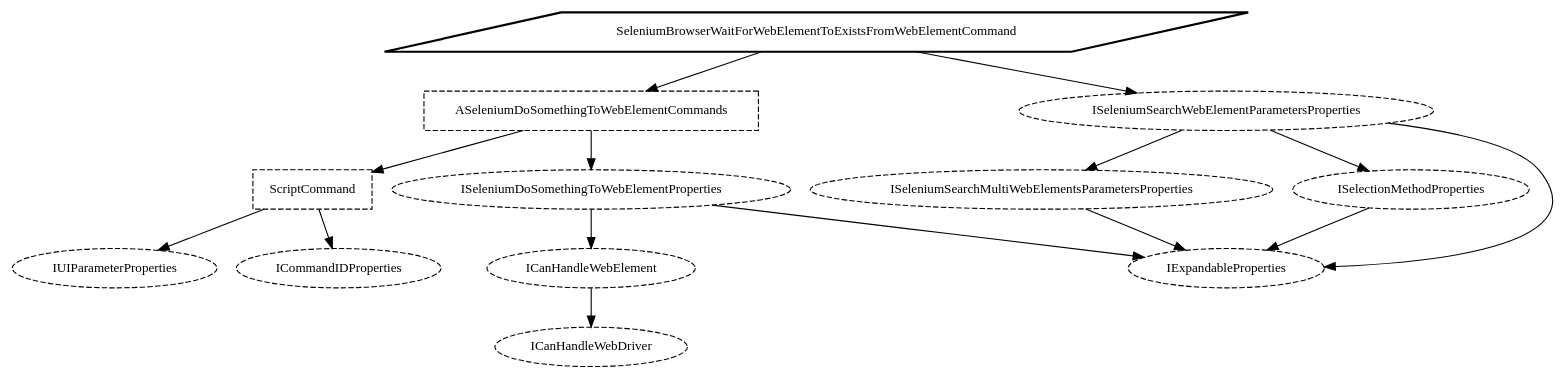
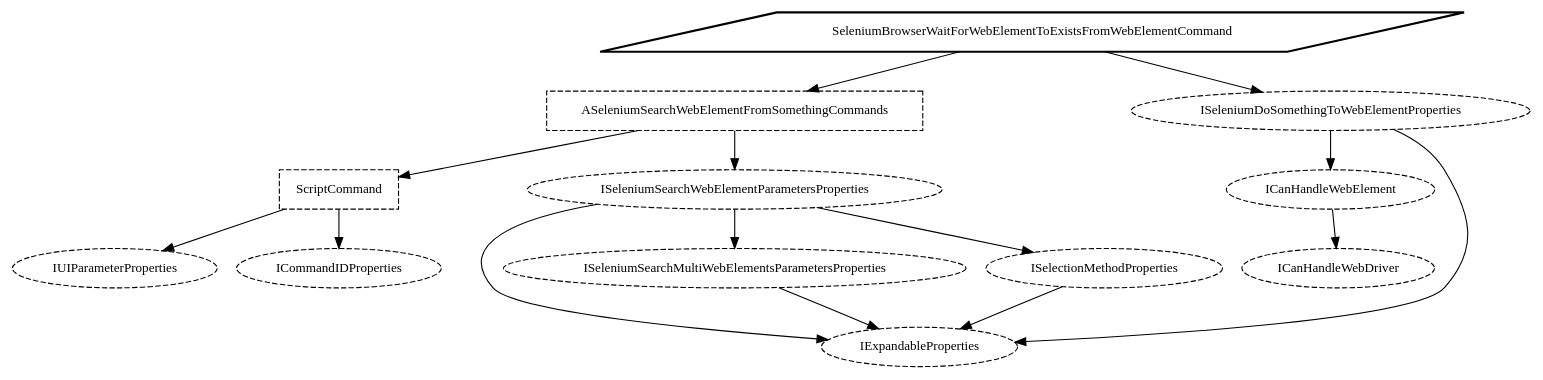
One commit to saucepleez/taskt changed the diagram in taskt/Core/Automation/Commands/WebBrowserGroup/SeleniumBrowserWaitForWebElementToExistsFromWebElementCommand.dot. Above: the diagram before and after it, drawn with Graphviz. The commit also changed 45 other files, not shown here.

```diff
--- a/taskt/Core/Automation/Commands/WebBrowserGroup/SeleniumBrowserWaitForWebElementToExistsFromWebElementCommand.dot
+++ b/taskt/Core/Automation/Commands/WebBrowserGroup/SeleniumBrowserWaitForWebElementToExistsFromWebElementCommand.dot
@@ -1,36 +1,36 @@
 digraph "taskt.Core.Automation.Commands.SeleniumBrowserWaitForWebElementToExistsFromWebElementCommand" {
     rankdir="TB";
     node [
         shape="box",
         fontname="Meiryo UI",
         fontsize="12pt"
     ];
 
 "taskt.Core.Automation.Commands.SeleniumBrowserWaitForWebElementToExistsFromWebElementCommand" [ label="SeleniumBrowserWaitForWebElementToExistsFromWebElementCommand", shape="parallelogram", style="bold", ];
-"taskt.Core.Automation.Commands.WebBrowserGroup.ASeleniumDoSomethingToWebElementCommands" [ label="ASeleniumDoSomethingToWebElementCommands", style="dashed", ];
+"taskt.Core.Automation.Commands.WebBrowserGroup.ASeleniumSearchWebElementFromSomethingCommands" [ label="ASeleniumSearchWebElementFromSomethingCommands", style="dashed", ];
+"taskt.Core.Automation.Commands.WebBrowserGroup.ISeleniumDoSomethingToWebElementProperties" [ label="ISeleniumDoSomethingToWebElementProperties", shape="ellipse", style="dashed", ];
+"taskt.Core.Automation.Commands.ScriptCommand" [ label="ScriptCommand", style="dashed", ];
 "taskt.Core.Automation.Commands.WebBrowserGroup.ISeleniumSearchWebElementParametersProperties" [ label="ISeleniumSearchWebElementParametersProperties", shape="ellipse", style="dashed", ];
-"taskt.Core.Automation.Commands.ScriptCommand" [ label="ScriptCommand", style="dashed", ];
-"taskt.Core.Automation.Commands.WebBrowserGroup.ISeleniumDoSomethingToWebElementProperties" [ label="ISeleniumDoSomethingToWebElementProperties", shape="ellipse", style="dashed", ];
-"taskt.Core.Automation.Commands.WebBrowserGroup.ISeleniumSearchMultiWebElementsParametersProperties" [ label="ISeleniumSearchMultiWebElementsParametersProperties", shape="ellipse", style="dashed", ];
-"taskt.Core.Automation.Commands.ISelectionMethodProperties" [ label="ISelectionMethodProperties", shape="ellipse", style="dashed", ];
+"taskt.Core.Automation.Commands.WebBrowserGroup.ICanHandleWebElement" [ label="ICanHandleWebElement", shape="ellipse", style="dashed", ];
 "taskt.Core.Automation.Commands.IExpandableProperties" [ label="IExpandableProperties", shape="ellipse", style="dashed", ];
 "taskt.Core.Automation.Commands.IUIParameterProperties" [ label="IUIParameterProperties", shape="ellipse", style="dashed", ];
 "taskt.Core.Automation.Commands.ICommandIDProperties" [ label="ICommandIDProperties", shape="ellipse", style="dashed", ];
-"taskt.Core.Automation.Commands.WebBrowserGroup.ICanHandleWebElement" [ label="ICanHandleWebElement", shape="ellipse", style="dashed", ];
+"taskt.Core.Automation.Commands.WebBrowserGroup.ISeleniumSearchMultiWebElementsParametersProperties" [ label="ISeleniumSearchMultiWebElementsParametersProperties", shape="ellipse", style="dashed", ];
+"taskt.Core.Automation.Commands.ISelectionMethodProperties" [ label="ISelectionMethodProperties", shape="ellipse", style="dashed", ];
 "taskt.Core.Automation.Commands.WebBrowserGroup.ICanHandleWebDriver" [ label="ICanHandleWebDriver", shape="ellipse", style="dashed", ];
 
-"taskt.Core.Automation.Commands.SeleniumBrowserWaitForWebElementToExistsFromWebElementCommand" -> "taskt.Core.Automation.Commands.WebBrowserGroup.ASeleniumDoSomethingToWebElementCommands";
-"taskt.Core.Automation.Commands.SeleniumBrowserWaitForWebElementToExistsFromWebElementCommand" -> "taskt.Core.Automation.Commands.WebBrowserGroup.ISeleniumSearchWebElementParametersProperties";
-"taskt.Core.Automation.Commands.WebBrowserGroup.ASeleniumDoSomethingToWebElementCommands" -> "taskt.Core.Automation.Commands.ScriptCommand";
-"taskt.Core.Automation.Commands.WebBrowserGroup.ASeleniumDoSomethingToWebElementCommands" -> "taskt.Core.Automation.Commands.WebBrowserGroup.ISeleniumDoSomethingToWebElementProperties";
+"taskt.Core.Automation.Commands.SeleniumBrowserWaitForWebElementToExistsFromWebElementCommand" -> "taskt.Core.Automation.Commands.WebBrowserGroup.ASeleniumSearchWebElementFromSomethingCommands";
+"taskt.Core.Automation.Commands.SeleniumBrowserWaitForWebElementToExistsFromWebElementCommand" -> "taskt.Core.Automation.Commands.WebBrowserGroup.ISeleniumDoSomethingToWebElementProperties";
+"taskt.Core.Automation.Commands.WebBrowserGroup.ASeleniumSearchWebElementFromSomethingCommands" -> "taskt.Core.Automation.Commands.ScriptCommand";
+"taskt.Core.Automation.Commands.WebBrowserGroup.ASeleniumSearchWebElementFromSomethingCommands" -> "taskt.Core.Automation.Commands.WebBrowserGroup.ISeleniumSearchWebElementParametersProperties";
+"taskt.Core.Automation.Commands.WebBrowserGroup.ISeleniumDoSomethingToWebElementProperties" -> "taskt.Core.Automation.Commands.WebBrowserGroup.ICanHandleWebElement";
+"taskt.Core.Automation.Commands.WebBrowserGroup.ISeleniumDoSomethingToWebElementProperties" -> "taskt.Core.Automation.Commands.IExpandableProperties";
+"taskt.Core.Automation.Commands.ScriptCommand" -> "taskt.Core.Automation.Commands.IUIParameterProperties";
+"taskt.Core.Automation.Commands.ScriptCommand" -> "taskt.Core.Automation.Commands.ICommandIDProperties";
 "taskt.Core.Automation.Commands.WebBrowserGroup.ISeleniumSearchWebElementParametersProperties" -> "taskt.Core.Automation.Commands.WebBrowserGroup.ISeleniumSearchMultiWebElementsParametersProperties";
 "taskt.Core.Automation.Commands.WebBrowserGroup.ISeleniumSearchWebElementParametersProperties" -> "taskt.Core.Automation.Commands.ISelectionMethodProperties";
 "taskt.Core.Automation.Commands.WebBrowserGroup.ISeleniumSearchWebElementParametersProperties" -> "taskt.Core.Automation.Commands.IExpandableProperties";
-"taskt.Core.Automation.Commands.ScriptCommand" -> "taskt.Core.Automation.Commands.IUIParameterProperties";
-"taskt.Core.Automation.Commands.ScriptCommand" -> "taskt.Core.Automation.Commands.ICommandIDProperties";
-"taskt.Core.Automation.Commands.WebBrowserGroup.ISeleniumDoSomethingToWebElementProperties" -> "taskt.Core.Automation.Commands.WebBrowserGroup.ICanHandleWebElement";
-"taskt.Core.Automation.Commands.WebBrowserGroup.ISeleniumDoSomethingToWebElementProperties" -> "taskt.Core.Automation.Commands.IExpandableProperties";
+"taskt.Core.Automation.Commands.WebBrowserGroup.ICanHandleWebElement" -> "taskt.Core.Automation.Commands.WebBrowserGroup.ICanHandleWebDriver";
 "taskt.Core.Automation.Commands.WebBrowserGroup.ISeleniumSearchMultiWebElementsParametersProperties" -> "taskt.Core.Automation.Commands.IExpandableProperties";
 "taskt.Core.Automation.Commands.ISelectionMethodProperties" -> "taskt.Core.Automation.Commands.IExpandableProperties";
-"taskt.Core.Automation.Commands.WebBrowserGroup.ICanHandleWebElement" -> "taskt.Core.Automation.Commands.WebBrowserGroup.ICanHandleWebDriver";
 }
```
